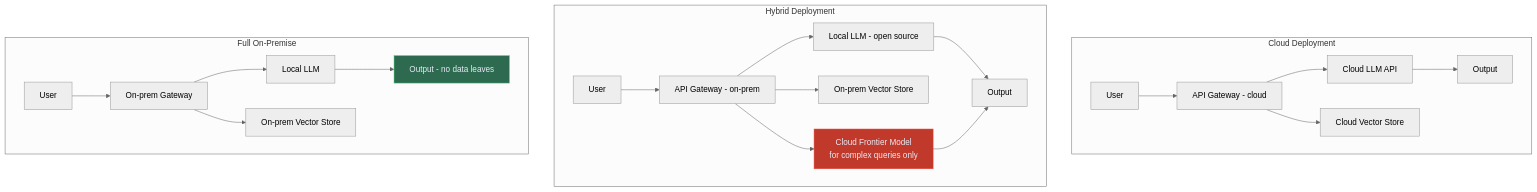
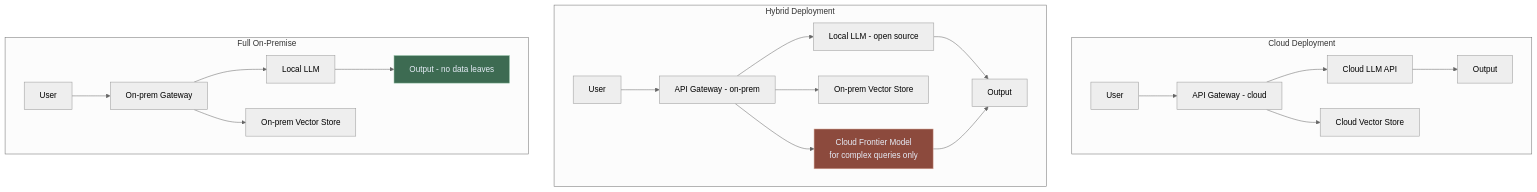
Before and after one commit to lorvexai/lorvexai: the seventh of 7 diagrams in blog/enterprise-llm-chat-interfaces.md, drawn with Mermaid (neutral theme). The commit also changed other lines of this file and 16 other files, not shown here.

First line of the commit message:
Retune hardcoded Mermaid node colors to match the site palette

````diff
--- a/blog/enterprise-llm-chat-interfaces.md
+++ b/blog/enterprise-llm-chat-interfaces.md
@@ -287,28 +287,28 @@
 ```mermaid
 flowchart TD
     subgraph Cloud Deployment
         CU[User] --> CG[API Gateway - cloud]
         CG --> CM[Cloud LLM API]
         CG --> CV[Cloud Vector Store]
         CM --> CO[Output]
     end
 
     subgraph Hybrid Deployment
         HU[User] --> HG[API Gateway - on-prem]
         HG --> HL[Local LLM - open source]
         HG --> HV[On-prem Vector Store]
         HG --> CF[Cloud Frontier Model\nfor complex queries only]
         HL --> HO[Output]
         CF --> HO
     end
 
     subgraph Full On-Premise
         OU[User] --> OG[On-prem Gateway]
         OG --> OL[Local LLM]
         OG --> OV[On-prem Vector Store]
         OL --> OO[Output - no data leaves]
     end
 
-    style CF fill:#C0392B,stroke:#e74c3c,color:#E6ECF7
-    style OO fill:#2D6A4F,stroke:#4ade80,color:#E6ECF7
+    style CF fill:#8C4A3D,stroke:#D6A697,color:#E6ECF7
+    style OO fill:#3D6B52,stroke:#95C2A8,color:#E6ECF7
 ```
````
